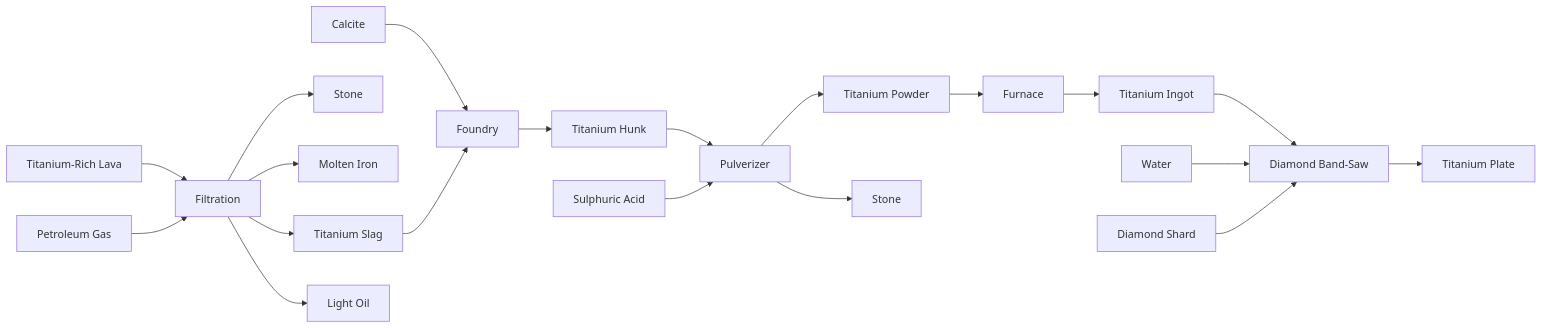
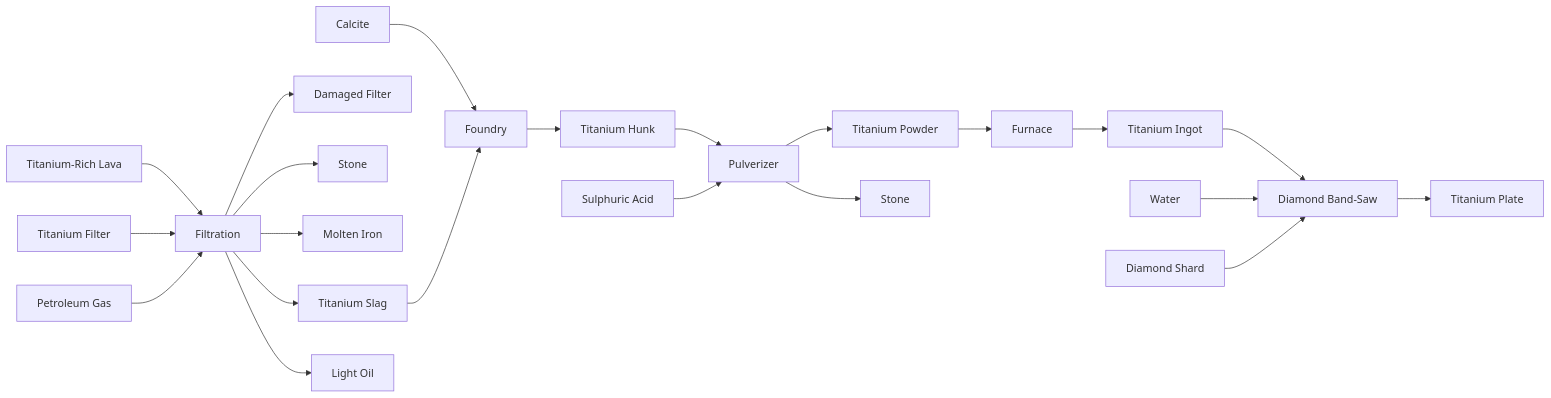
One commit to Nicholas-Tuttle/Subterranio changed the second of 3 diagrams in subterranio-vulcanus/todo.md. Above: the diagram before and after it, drawn with Mermaid. The commit also changed other lines of this file, not shown here.

````diff
--- a/subterranio-vulcanus/todo.md
+++ b/subterranio-vulcanus/todo.md
@@ -47,39 +54,44 @@
 ```mermaid
     graph LR;
         LT[Titanium-Rich Lava]
         TS[Titanium Slag]
         TH[Titanium Hunk]
         TPow[Titanium Powder]
         TI[Titanium Ingot]
         TP[Titanium Plate]
+
+        TF[Titanium Filter]
+        DF[Damaged Filter]
 
         S1[Stone]
         S2[Stone]
         I[Molten Iron]
         FO[Foundry]
         C[Calcite]
         FI[Filtration]
         PV[Pulverizer]
         F[Furnace]
         DBS[Diamond Band-Saw]
         W[Water]
         SI[Sulphuric Acid]
         DS[Diamond Shard]
         PG[Petroleum Gas]
         LO[Light Oil]
 
         LT-->FI
+        TF-->FI
         PG-->FI
         C-->FO
         TS-->FO
         TH-->PV-->TPow-->F-->TI-->DBS-->TP
         SI-->PV
         PV-->S2
         FI-->TS
         FI-->S1
         FI-->I
         FI-->LO
+        FI-->DF
         FO-->TH
         W-->DBS
         DS-->DBS
 ```
````
